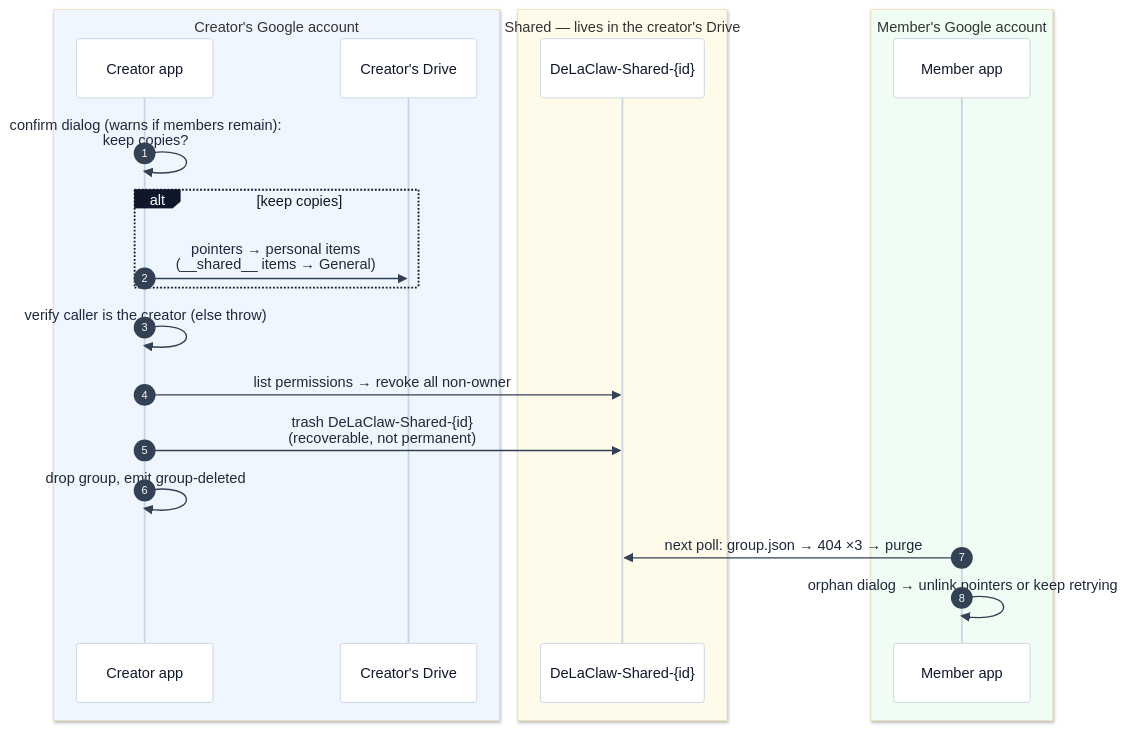
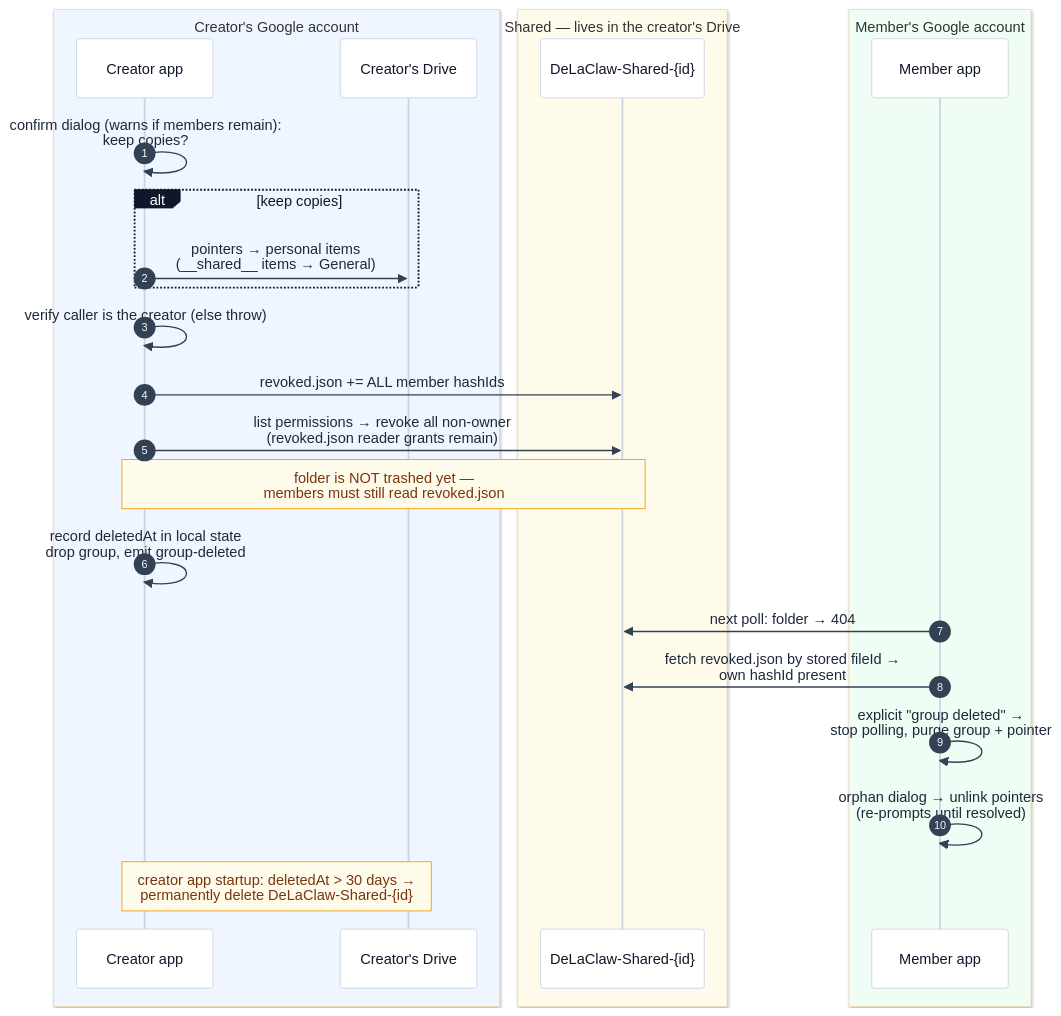
One commit to AntGro/DeLaClaw changed the eighth of 9 diagrams in docs-site/sharing.md. Above: the diagram before and after it, drawn with Mermaid. The commit also changed other lines of this file and 6 other files, not shown here.

First line of the commit message:
docs(sharing): target design — 14 decided questions in flows and contract

````diff
--- a/docs-site/sharing.md
+++ b/docs-site/sharing.md
@@ -313,26 +327,30 @@
 ```mermaid
 %%{init: {'theme': 'base', 'themeVariables': {'background': '#fbfaf8', 'actorBkg': '#ffffff', 'actorBorder': '#cbd5e1', 'actorTextColor': '#0f172a', 'actorLineColor': '#cbd5e1', 'signalColor': '#334155', 'signalTextColor': '#1e293b', 'noteBkgColor': '#fffbeb', 'noteBorderColor': '#f59e0b', 'noteTextColor': '#78350f', 'labelBoxBkgColor': '#0f172a', 'labelBoxBorderColor': '#0f172a', 'labelTextColor': '#ffffff'}}}%%
 sequenceDiagram
     autonumber
     box rgb(239,246,255) Creator's Google account
     participant CA as Creator app
     participant CD as Creator's Drive
     end
     box rgb(255,251,235) Shared — lives in the creator's Drive
     participant SF as DeLaClaw-Shared-{id}
     end
     box rgb(240,253,244) Member's Google account
     participant MA as Member app
     end
 
     CA->>CA: confirm dialog (warns if members remain):<br/>keep copies?
     alt keep copies
     CA->>CD: pointers → personal items<br/>(__shared__ items → General)
     end
     CA->>CA: verify caller is the creator (else throw)
-    CA->>SF: list permissions → revoke all non-owner
-    CA->>SF: trash DeLaClaw-Shared-{id}<br/>(recoverable, not permanent)
-    CA->>CA: drop group, emit group-deleted
-    MA->>SF: next poll: group.json → 404 ×3 → purge
-    MA->>MA: orphan dialog → unlink pointers or keep retrying
+    CA->>SF: revoked.json += ALL member hashIds
+    CA->>SF: list permissions → revoke all non-owner<br/>(revoked.json reader grants remain)
+    Note over CA,SF: folder is NOT trashed yet —<br/>members must still read revoked.json
+    CA->>CA: record deletedAt in local state<br/>drop group, emit group-deleted
+    MA->>SF: next poll: folder → 404
+    MA->>SF: fetch revoked.json by stored fileId →<br/>own hashId present
+    MA->>MA: explicit "group deleted" →<br/>stop polling, purge group + pointer
+    MA->>MA: orphan dialog → unlink pointers<br/>(re-prompts until resolved)
+    Note over CA,CD: creator app startup: deletedAt > 30 days →<br/>permanently delete DeLaClaw-Shared-{id}
 ```
````
